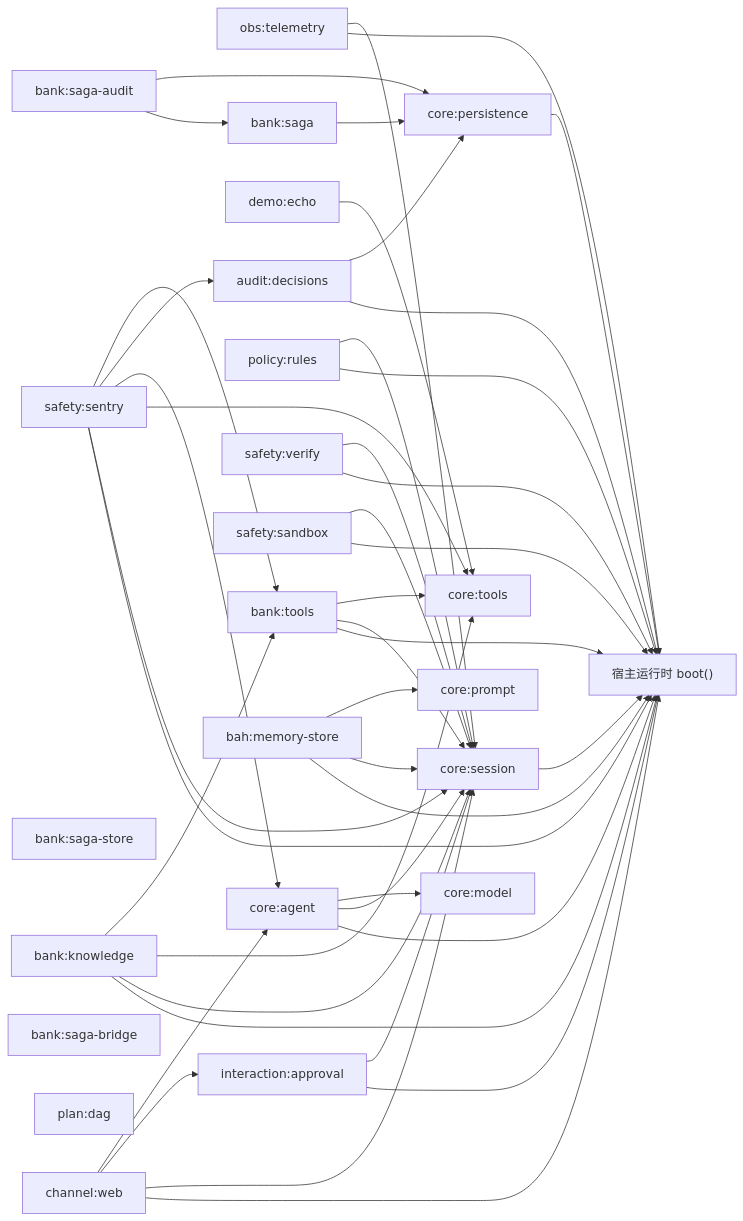
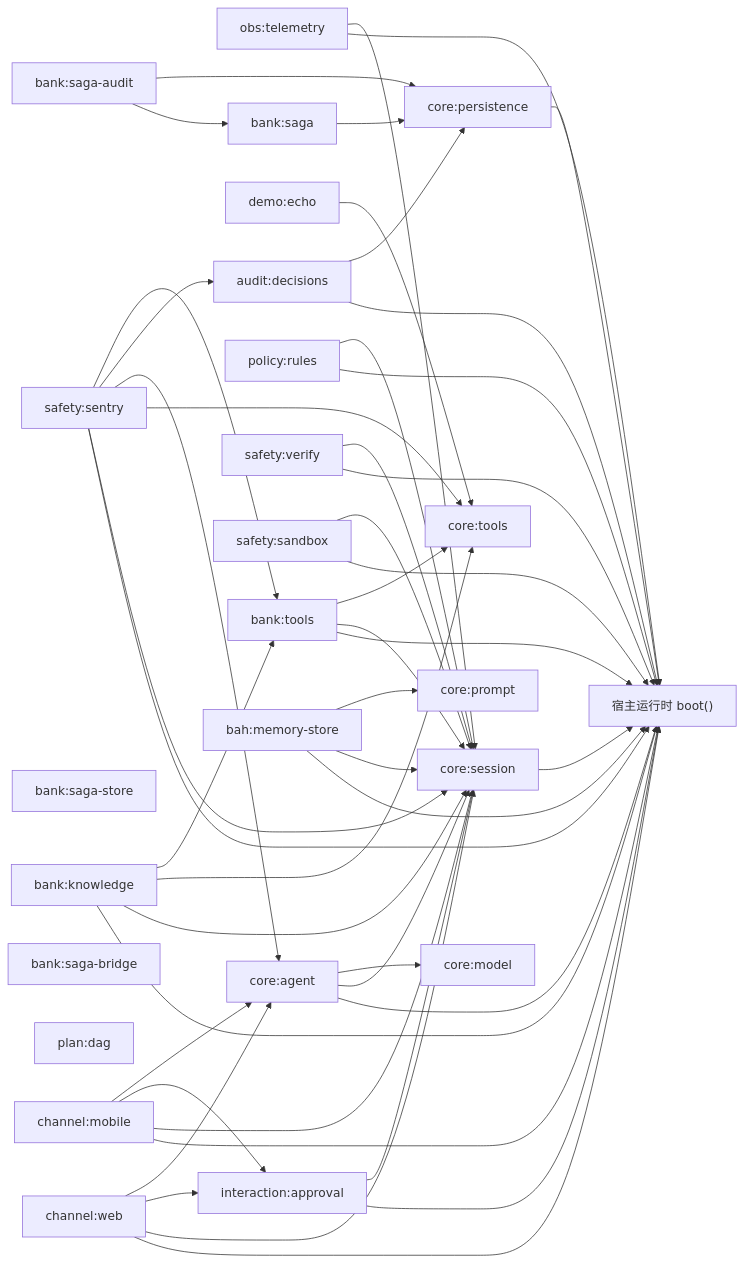
Before and after one commit to YYYPROBEE/BAH: the first of 2 diagrams in docs/architecture.md, drawn with Mermaid. The commit also changed other lines of this file and 56 other files, not shown here.

````diff
--- a/docs/architecture.md
+++ b/docs/architecture.md
@@ -76,67 +76,72 @@
 ```mermaid
 graph LR
   p0["core:session"]
   p1["obs:telemetry"]
   p2["core:tools"]
   p3["core:prompt"]
   p4["core:model"]
   p5["core:agent"]
   p6["core:persistence"]
   p7["audit:decisions"]
   p8["demo:echo"]
   p9["bank:tools"]
   p10["policy:rules"]
   p11["bank:knowledge"]
   p12["interaction:approval"]
   p13["safety:sentry"]
   p14["safety:verify"]
   p15["safety:sandbox"]
   p16["bank:saga-store"]
   p17["bank:saga"]
   p18["bank:saga-audit"]
   p19["bank:saga-bridge"]
   p20["plan:dag"]
   p21["bah:memory-store"]
   p22["channel:web"]
+  p23["channel:mobile"]
   p0 --> host["宿主运行时 boot()"]
   p1 --> host["宿主运行时 boot()"]
   p1 --> p0
   p10 --> host["宿主运行时 boot()"]
   p10 --> p0
   p11 --> host["宿主运行时 boot()"]
   p11 --> p0
   p11 --> p2
   p11 --> p9
   p12 --> host["宿主运行时 boot()"]
   p12 --> p0
   p13 --> host["宿主运行时 boot()"]
   p13 --> p0
   p13 --> p2
   p13 --> p5
   p13 --> p7
   p13 --> p9
   p14 --> host["宿主运行时 boot()"]
   p14 --> p0
   p15 --> host["宿主运行时 boot()"]
   p15 --> p0
   p17 --> p6
   p18 --> p17
   p18 --> p6
   p21 --> host["宿主运行时 boot()"]
   p21 --> p0
   p21 --> p3
   p22 --> host["宿主运行时 boot()"]
   p22 --> p0
   p22 --> p12
   p22 --> p5
+  p23 --> host["宿主运行时 boot()"]
+  p23 --> p0
+  p23 --> p12
+  p23 --> p5
   p5 --> host["宿主运行时 boot()"]
   p5 --> p0
   p5 --> p4
   p6 --> host["宿主运行时 boot()"]
   p7 --> host["宿主运行时 boot()"]
   p7 --> p6
   p8 --> p2
   p9 --> host["宿主运行时 boot()"]
   p9 --> p0
   p9 --> p2
 ```
````
